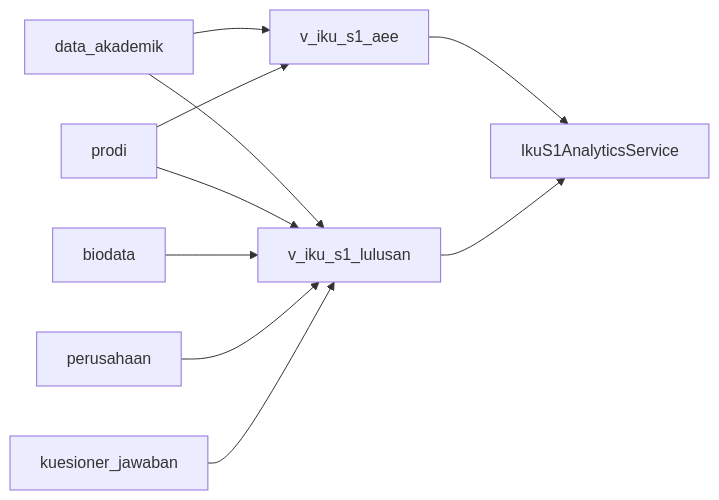
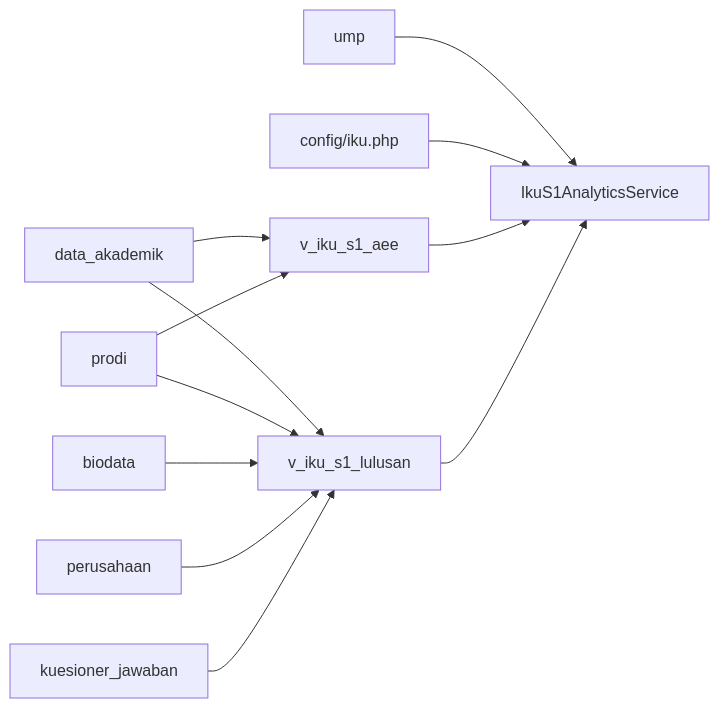
The tenth of 10 diagrams in ERD.md (claraanjelitakd/tugas-akhir), drawn with Mermaid before and after one commit. The commit also changed other lines of this file and 10 other files, not shown here.

````diff
--- a/ERD.md
+++ b/ERD.md
@@ -824,12 +875,14 @@
 ```mermaid
 flowchart LR
     DA[data_akademik] --> AEE[v_iku_s1_aee]
     P[prodi] --> AEE
     DA --> L[v_iku_s1_lulusan]
     P --> L
     B[biodata] --> L
     C[perusahaan] --> L
     KJ[kuesioner_jawaban] --> L
-    AEE --> S[IkuS1AnalyticsService]
+    UMP[ump] --> S[IkuS1AnalyticsService]
+    CFG[config/iku.php] --> S
+    AEE --> S
     L --> S
 ```
````
